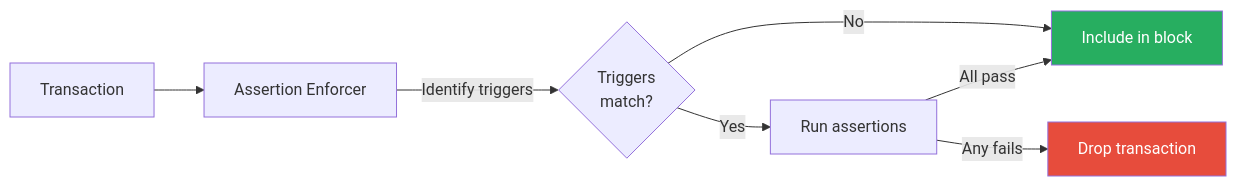
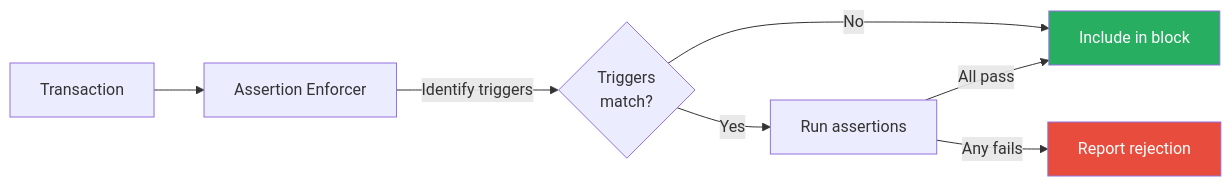
The first of 2 diagrams in credible/execution-model.mdx (phylaxsystems/phylax-docs), drawn with Mermaid before and after one commit. The commit also changed other lines of this file and 6 other files, not shown here.

````diff
--- a/credible/execution-model.mdx
+++ b/credible/execution-model.mdx
@@ -24,12 +24,12 @@
 ```mermaid
 flowchart LR
     TX[Transaction] --> AE[Assertion Enforcer]
     AE --> |Identify triggers| MATCH{Triggers<br/>match?}
     MATCH --> |Yes| RUN[Run assertions]
     MATCH --> |No| INCLUDE[Include in block]
     RUN --> |All pass| INCLUDE
-    RUN --> |Any fails| DROP[Drop transaction]
+    RUN --> |Any fails| REPORT[Report rejection]
     
-    style DROP fill:#e74c3c,color:#fff
+    style REPORT fill:#e74c3c,color:#fff
     style INCLUDE fill:#27ae60,color:#fff
 ```
````
